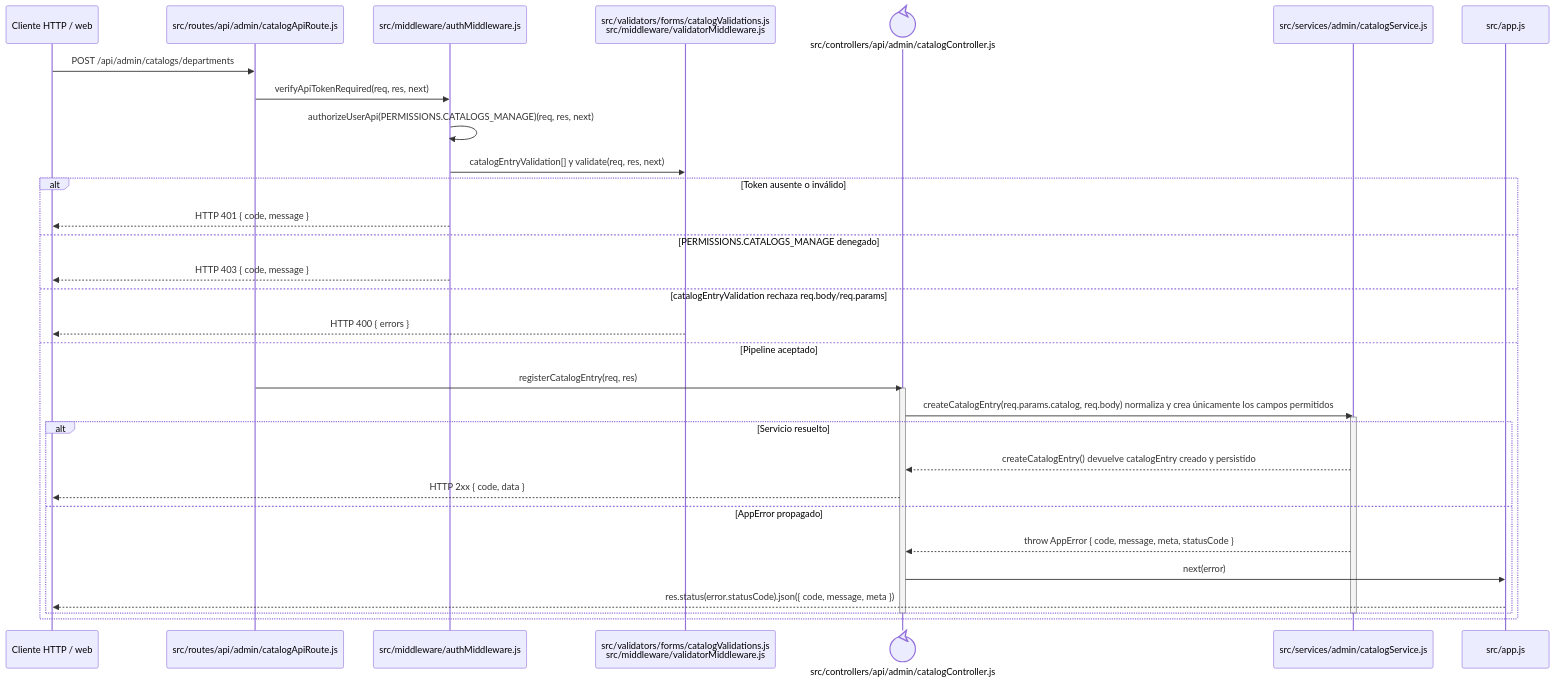
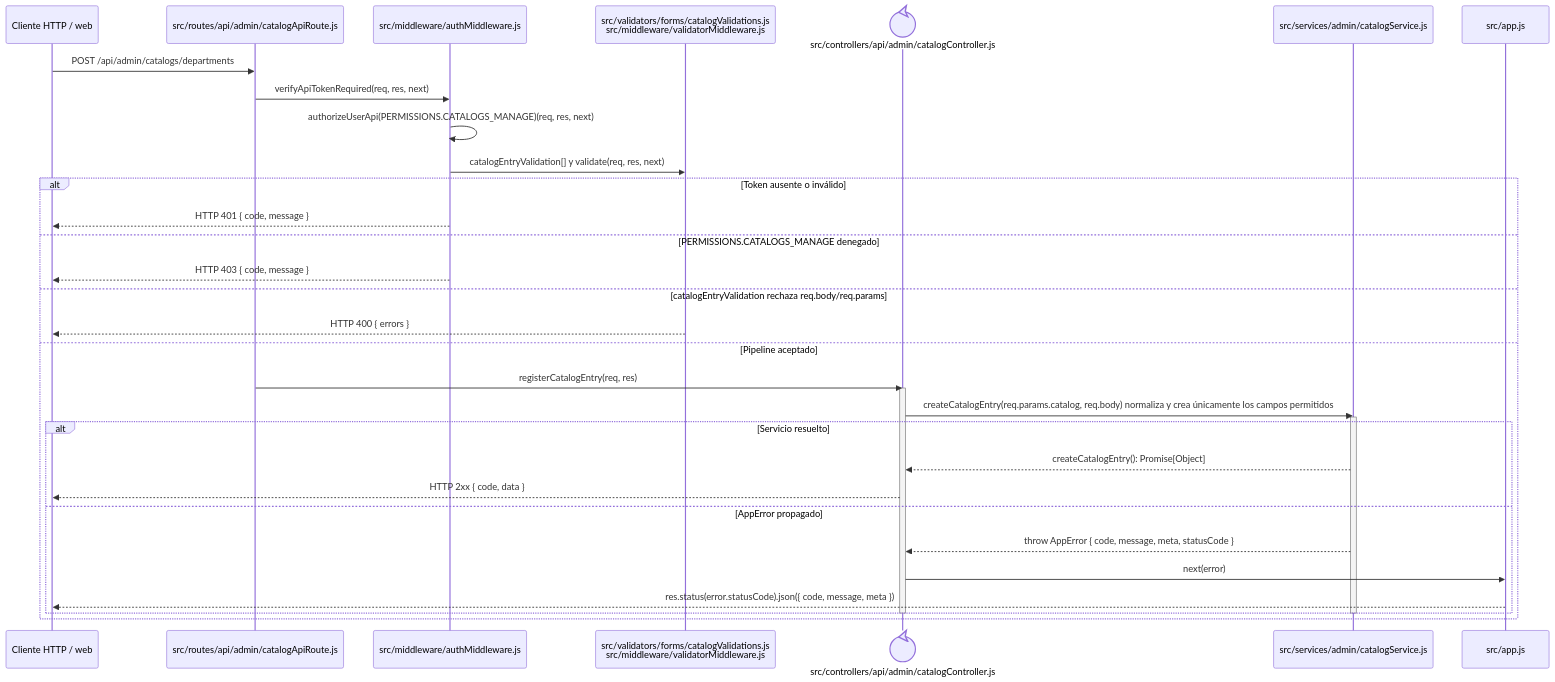
The diagram in docs/architecture/backend-code-sequences/catalogs/cu-cat-10.md (gpgsistemas01/nexus), drawn with Mermaid before and after one commit. The commit also changed 146 other files, not shown here.

````diff
--- a/docs/architecture/backend-code-sequences/catalogs/cu-cat-10.md
+++ b/docs/architecture/backend-code-sequences/catalogs/cu-cat-10.md
@@ -6,37 +6,37 @@
 ```mermaid
 sequenceDiagram
     participant Client as Cliente HTTP / web
     participant Route as src/routes/api/admin/catalogApiRoute.js
     participant Auth as src/middleware/authMiddleware.js
     participant Validator as src/validators/forms/catalogValidations.js<br/>src/middleware/validatorMiddleware.js
     participant Controller@{ "type": "control" } as src/controllers/api/admin/catalogController.js
     participant Domain as src/services/admin/catalogService.js
     participant ErrorHandler as src/app.js
 
     Client->>Route: POST /api/admin/catalogs/departments
     Route->>Auth: verifyApiTokenRequired(req, res, next)
     Auth->>Auth: authorizeUserApi(PERMISSIONS.CATALOGS_MANAGE)(req, res, next)
     Auth->>Validator: catalogEntryValidation[] y validate(req, res, next)
     alt Token ausente o inválido
         Auth-->>Client: HTTP 401 { code, message }
     else PERMISSIONS.CATALOGS_MANAGE denegado
         Auth-->>Client: HTTP 403 { code, message }
     else catalogEntryValidation rechaza req.body/req.params
         Validator-->>Client: HTTP 400 { errors }
     else Pipeline aceptado
         Route->>Controller: registerCatalogEntry(req, res)
         activate Controller
         Controller->>Domain: createCatalogEntry(req.params.catalog, req.body) normaliza y crea únicamente los campos permitidos
         activate Domain
         alt Servicio resuelto
-            Domain-->>Controller: createCatalogEntry() devuelve catalogEntry creado y persistido
+            Domain-->>Controller: createCatalogEntry(): Promise[Object]
             Controller-->>Client: HTTP 2xx { code, data }
         else AppError propagado
             Domain-->>Controller: throw AppError { code, message, meta, statusCode }
             Controller->>ErrorHandler: next(error)
             ErrorHandler-->>Client: res.status(error.statusCode).json({ code, message, meta })
         end
         deactivate Domain
         deactivate Controller
     end
 ```
````
